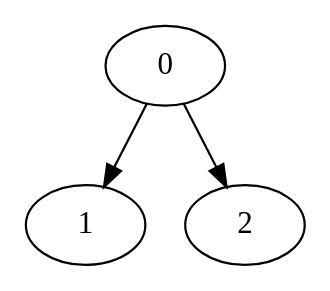
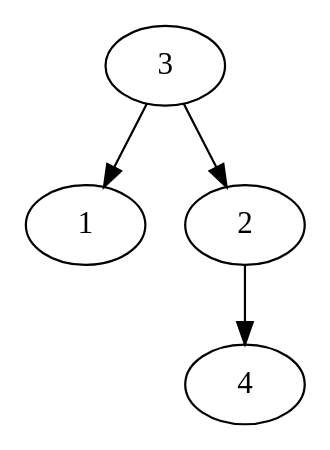
Before and after one commit to sleeepyskies/saarvive-selab23: the diagram in src/systemtest/resources/mapFiles/sameVertexDifferentVillages.dot, drawn with Graphviz. The commit also changed 27 other files, not shown here.

```diff
--- a/src/systemtest/resources/mapFiles/sameVertexDifferentVillages.dot
+++ b/src/systemtest/resources/mapFiles/sameVertexDifferentVillages.dot
@@ -1,10 +1,11 @@
 digraph G {
-	0;
+	3;
 	1;
 	2;
+	4;
 
-	0 -> 2 [village=Munich; name=Old_Village_Street; heightLimit=3; weight=10; primaryType=mainStreet; secondaryType=none;];
-
-	0 -> 1 [village=Cologne; name=Corner_Alley; heightLimit=3; weight=10; primaryType=mainStreet; secondaryType=none;];
+	3 -> 2 [village=Munich; name=Old_Village_Street; heightLimit=3; weight=10; primaryType=mainStreet; secondaryType=none;];
+	3 -> 1 [village=Cologne; name=Corner_Alley; heightLimit=3; weight=10; primaryType=mainStreet; secondaryType=none;];
+	2 -> 4 [village=Munich; name=New_Village_Street; heightLimit=3; weight=10; primaryType=sideStreet; secondaryType=none;];
 
 }
```
